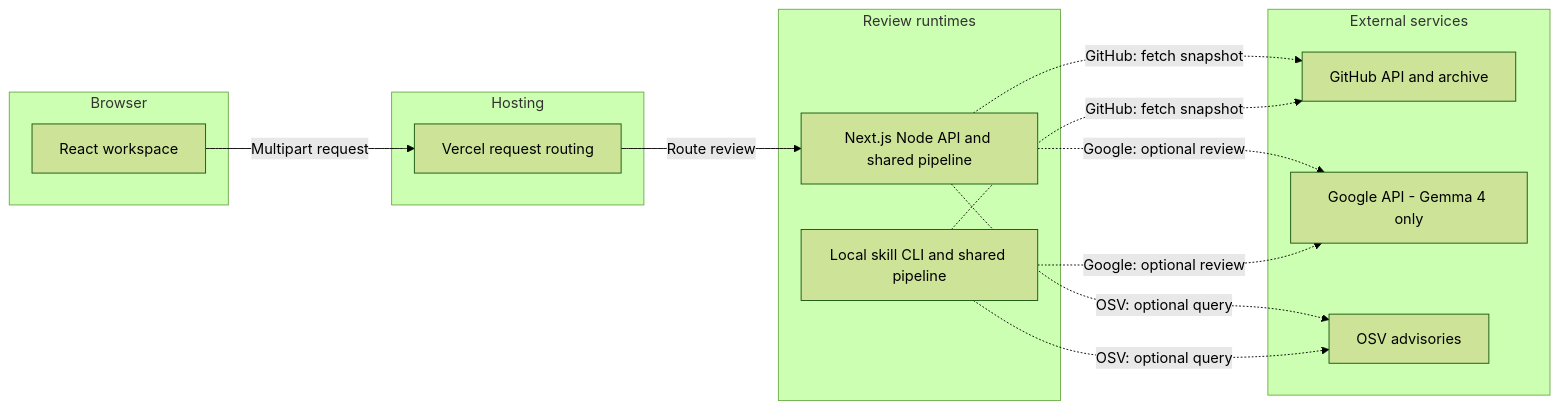
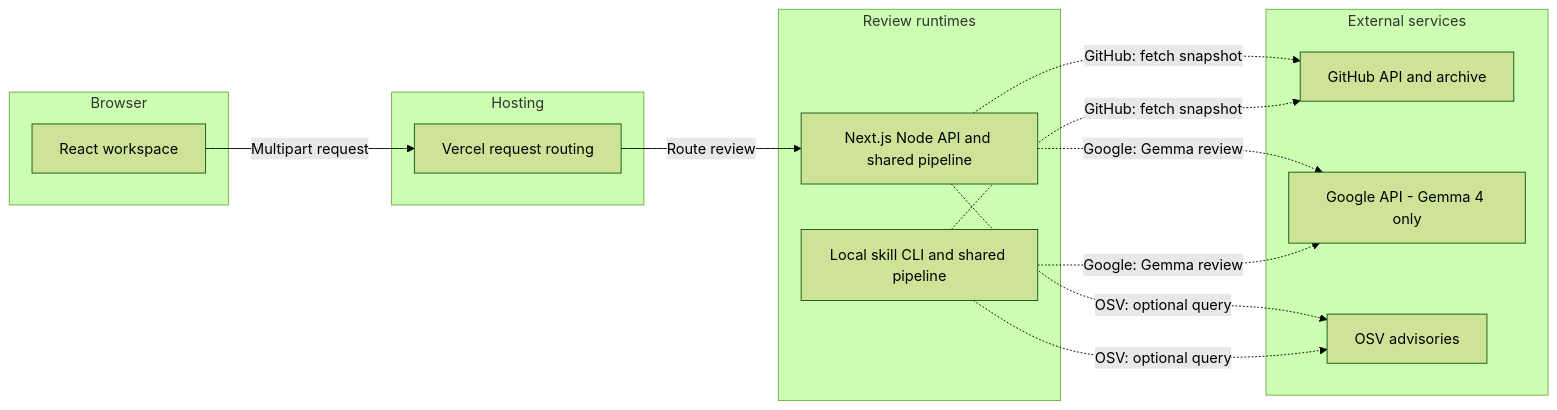
One commit to yatharthvishnoi08-max/buglens changed the diagram in docs/assets/diagrams/architecture.mmd. Above: the diagram before and after it, drawn with Mermaid (forest theme). The commit also changed 37 other files, not shown here.

Commit message:
docs: present Gemma 4 review as the default AI workflow

```diff
--- a/docs/assets/diagrams/architecture.mmd
+++ b/docs/assets/diagrams/architecture.mmd
@@ -1,24 +1,24 @@
 flowchart LR
     subgraph client ["Browser"]
       browserUi["React workspace"]
     end
     subgraph gateway ["Hosting"]
       ingress["Vercel request routing"]
     end
     subgraph service ["Review runtimes"]
       apiRuntime["Next.js Node API and shared pipeline"]
       localCli["Local skill CLI and shared pipeline"]
     end
     subgraph external ["External services"]
       githubSource["GitHub API and archive"]
       googleModel["Google API - Gemma 4 only"]
       osvService["OSV advisories"]
     end
     browserUi -->|"Multipart request"| ingress
     ingress -->|"Route review"| apiRuntime
     apiRuntime -.->|"GitHub: fetch snapshot"| githubSource
-    apiRuntime -.->|"Google: optional review"| googleModel
+    apiRuntime -.->|"Google: Gemma review"| googleModel
     apiRuntime -.->|"OSV: optional query"| osvService
     localCli -.->|"GitHub: fetch snapshot"| githubSource
-    localCli -.->|"Google: optional review"| googleModel
+    localCli -.->|"Google: Gemma review"| googleModel
     localCli -.->|"OSV: optional query"| osvService
```
